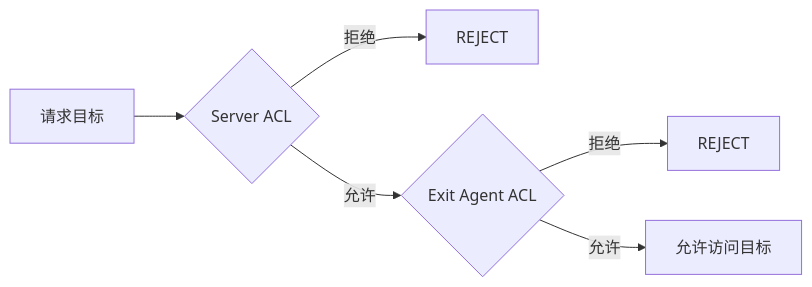
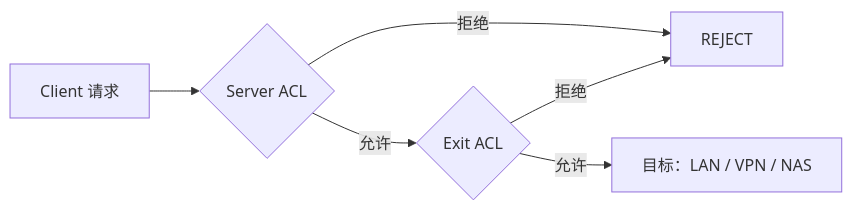
One commit to timwai/RelayProxy changed the fourth of 6 diagrams in README.md. Above: the diagram before and after it, drawn with Mermaid. The commit also changed other lines of this file and 81 other files, not shown here.

````diff
--- a/README.md
+++ b/README.md
@@ -476,8 +534,8 @@
 ```mermaid
 flowchart LR
-    R["请求目标"] --> SA{"Server ACL"}
-    SA -->|拒绝| X1["REJECT"]
-    SA -->|允许| EA{"Exit Agent ACL"}
-    EA -->|拒绝| X2["REJECT"]
-    EA -->|允许| OK["允许访问目标"]
+    C["Client 请求"] --> S{"Server ACL"}
+    S -->|拒绝| X["REJECT"]
+    S -->|允许| E{"Exit ACL"}
+    E -->|拒绝| X
+    E -->|允许| T["目标：LAN / VPN / NAS"]
 ```
````
